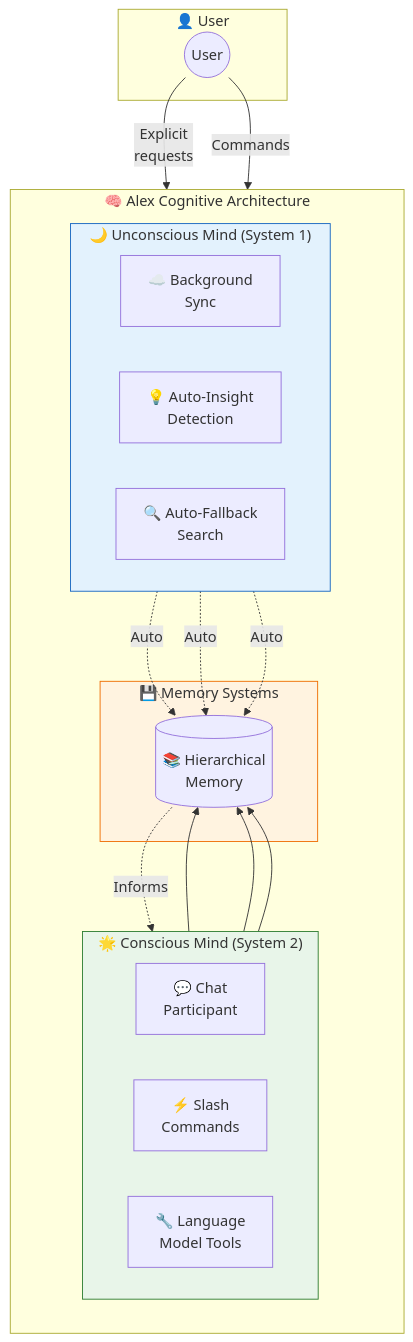
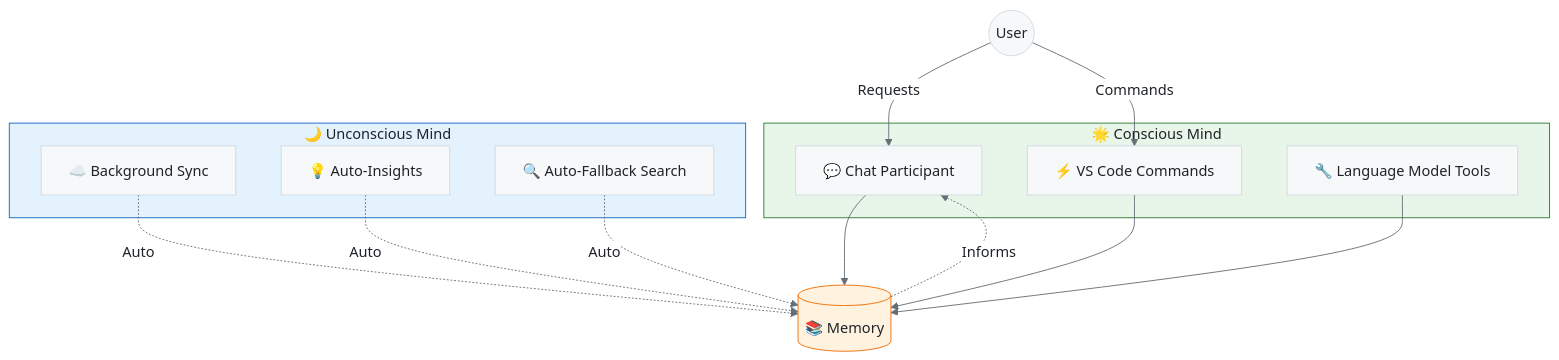
One commit to fabioc-aloha/Alex_Plug_In changed the first of 5 diagrams in alex_docs/COGNITIVE-ARCHITECTURE.md. Above: the diagram before and after it, drawn with Mermaid. The commit also changed other lines of this file and 15 other files, not shown here.

First line of the commit message:
feat: Skill architecture v1.0 + Mermaid diagram fixes

````diff
--- a/alex_docs/COGNITIVE-ARCHITECTURE.md
+++ b/alex_docs/COGNITIVE-ARCHITECTURE.md
@@ -17,45 +17,36 @@
 ```mermaid
+%%{init: {'theme': 'base', 'themeVariables': { 'primaryColor': '#f6f8fa', 'primaryTextColor': '#1f2328', 'primaryBorderColor': '#d1d9e0', 'lineColor': '#656d76', 'secondaryColor': '#f6f8fa', 'tertiaryColor': '#ffffff', 'background': '#ffffff', 'mainBkg': '#f6f8fa', 'nodeBorder': '#d1d9e0', 'clusterBkg': '#f6f8fa', 'clusterBorder': '#d1d9e0', 'titleColor': '#1f2328', 'edgeLabelBackground': '#ffffff'}}}%%
 flowchart TB
-    subgraph USER["👤 User"]
-        U((User))
+    U((User))
+
+    subgraph CONSCIOUS["🌟 Conscious Mind"]
+        CP["💬 Chat Participant"]
+        SC["⚡ VS Code Commands"]
+        LMT["🔧 Language Model Tools"]
     end
 
-    subgraph ALEX["🧠 Alex Cognitive Architecture"]
-        direction TB
-
-        subgraph CONSCIOUS["🌟 Conscious Mind (System 2)"]
-            direction LR
-            CP["💬 Chat\nParticipant"]
-            SC["⚡ Slash\nCommands"]
-            LMT["🔧 Language\nModel Tools"]
-        end
-
-        subgraph UNCONSCIOUS["🌙 Unconscious Mind (System 1)"]
-            direction LR
-            BGS["☁️ Background\nSync"]
-            AID["💡 Auto-Insight\nDetection"]
-            AFS["🔍 Auto-Fallback\nSearch"]
-        end
-
-        subgraph MEMORY["💾 Memory Systems"]
-            MEM[("📚 Hierarchical\nMemory")]
-        end
+    subgraph UNCONSCIOUS["🌙 Unconscious Mind"]
+        BGS["☁️ Background Sync"]
+        AID["💡 Auto-Insights"]
+        AFS["🔍 Auto-Fallback Search"]
     end
 
-    U -->|"Explicit\nrequests"| CP
-    U -->|"Commands"| SC
+    MEM[("📚 Memory")]
+
+    U -->|Requests| CP
+    U -->|Commands| SC
 
     CP --> MEM
     SC --> MEM
     LMT --> MEM
 
-    BGS -.->|"Auto"| MEM
-    AID -.->|"Auto"| MEM
-    AFS -.->|"Auto"| MEM
+    BGS -.->|Auto| MEM
+    AID -.->|Auto| MEM
+    AFS -.->|Auto| MEM
 
-    MEM -.->|"Informs"| CP
+    MEM -.->|Informs| CP
 
-    style CONSCIOUS fill:#e8f5e9,stroke:#2e7d32
-    style UNCONSCIOUS fill:#e3f2fd,stroke:#1565c0
-    style MEMORY fill:#fff3e0,stroke:#ef6c00
+    style CONSCIOUS fill:#e8f5e9,stroke:#2e7d32,color:#1f2328
+    style UNCONSCIOUS fill:#e3f2fd,stroke:#1565c0,color:#1f2328
+    style MEM fill:#fff3e0,stroke:#ef6c00,color:#1f2328
 ```
````
